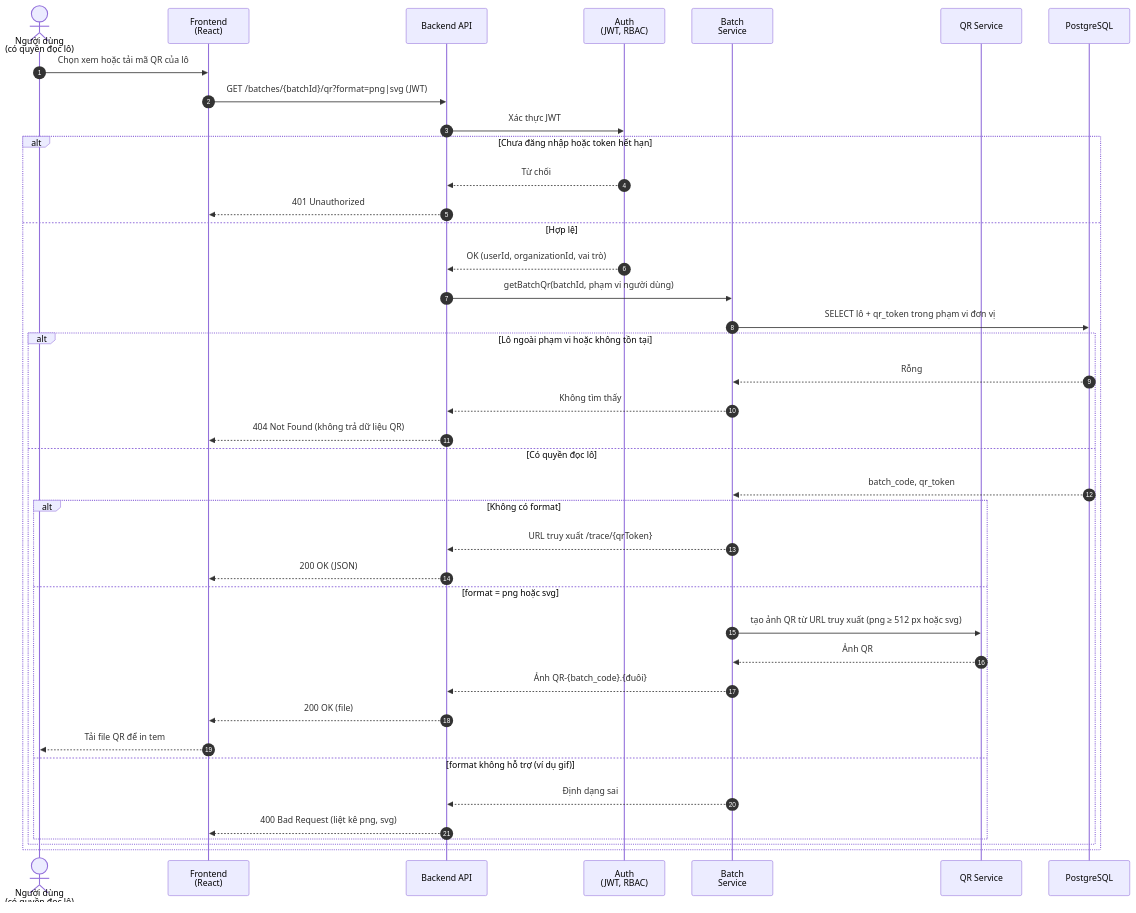
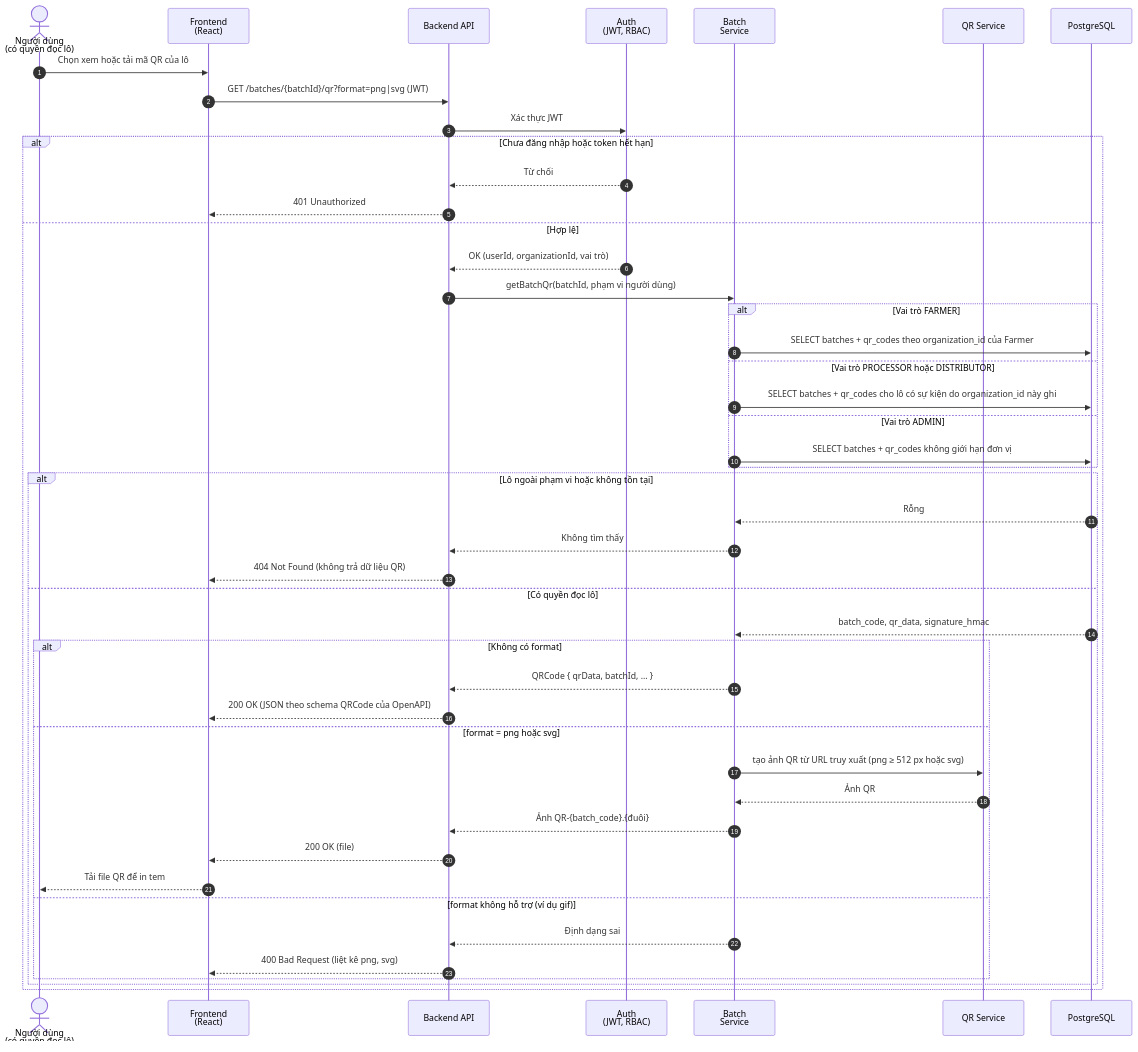
One commit to hbao06/food-supply-chain-traceability-portal changed the third of 3 diagrams in docs/UML/sequence-diagrams.md. Above: the diagram before and after it, drawn with Mermaid. The commit also changed other lines of this file and 5 other files, not shown here.

Commit message:
docs(test): address W3-TV4 sequence and test plan review

````diff
--- a/docs/UML/sequence-diagrams.md
+++ b/docs/UML/sequence-diagrams.md
@@ -176,43 +178,49 @@
 ```mermaid
 sequenceDiagram
     autonumber
     actor U as Người dùng<br/>(có quyền đọc lô)
     participant FE as Frontend<br/>(React)
     participant API as Backend API
     participant AU as Auth<br/>(JWT, RBAC)
     participant SV as Batch<br/>Service
     participant QR as QR Service
     participant DB as PostgreSQL
 
     U->>FE: Chọn xem hoặc tải mã QR của lô
     FE->>API: GET /batches/{batchId}/qr?format=png|svg (JWT)
     API->>AU: Xác thực JWT
     alt Chưa đăng nhập hoặc token hết hạn
         AU-->>API: Từ chối
         API-->>FE: 401 Unauthorized
     else Hợp lệ
         AU-->>API: OK (userId, organizationId, vai trò)
         API->>SV: getBatchQr(batchId, phạm vi người dùng)
-        SV->>DB: SELECT lô + qr_token trong phạm vi đơn vị
+        alt Vai trò FARMER
+            SV->>DB: SELECT batches + qr_codes theo organization_id của Farmer
+        else Vai trò PROCESSOR hoặc DISTRIBUTOR
+            SV->>DB: SELECT batches + qr_codes cho lô có sự kiện do organization_id này ghi
+        else Vai trò ADMIN
+            SV->>DB: SELECT batches + qr_codes không giới hạn đơn vị
+        end
         alt Lô ngoài phạm vi hoặc không tồn tại
             DB-->>SV: Rỗng
             SV-->>API: Không tìm thấy
             API-->>FE: 404 Not Found (không trả dữ liệu QR)
         else Có quyền đọc lô
-            DB-->>SV: batch_code, qr_token
+            DB-->>SV: batch_code, qr_data, signature_hmac
             alt Không có format
-                SV-->>API: URL truy xuất /trace/{qrToken}
-                API-->>FE: 200 OK (JSON)
+                SV-->>API: QRCode { qrData, batchId, ... }
+                API-->>FE: 200 OK (JSON theo schema QRCode của OpenAPI)
             else format = png hoặc svg
                 SV->>QR: tạo ảnh QR từ URL truy xuất (png ≥ 512 px hoặc svg)
                 QR-->>SV: Ảnh QR
                 SV-->>API: Ảnh QR-{batch_code}.{đuôi}
                 API-->>FE: 200 OK (file)
                 FE-->>U: Tải file QR để in tem
             else format không hỗ trợ (ví dụ gif)
                 SV-->>API: Định dạng sai
                 API-->>FE: 400 Bad Request (liệt kê png, svg)
             end
         end
     end
 ```
````
